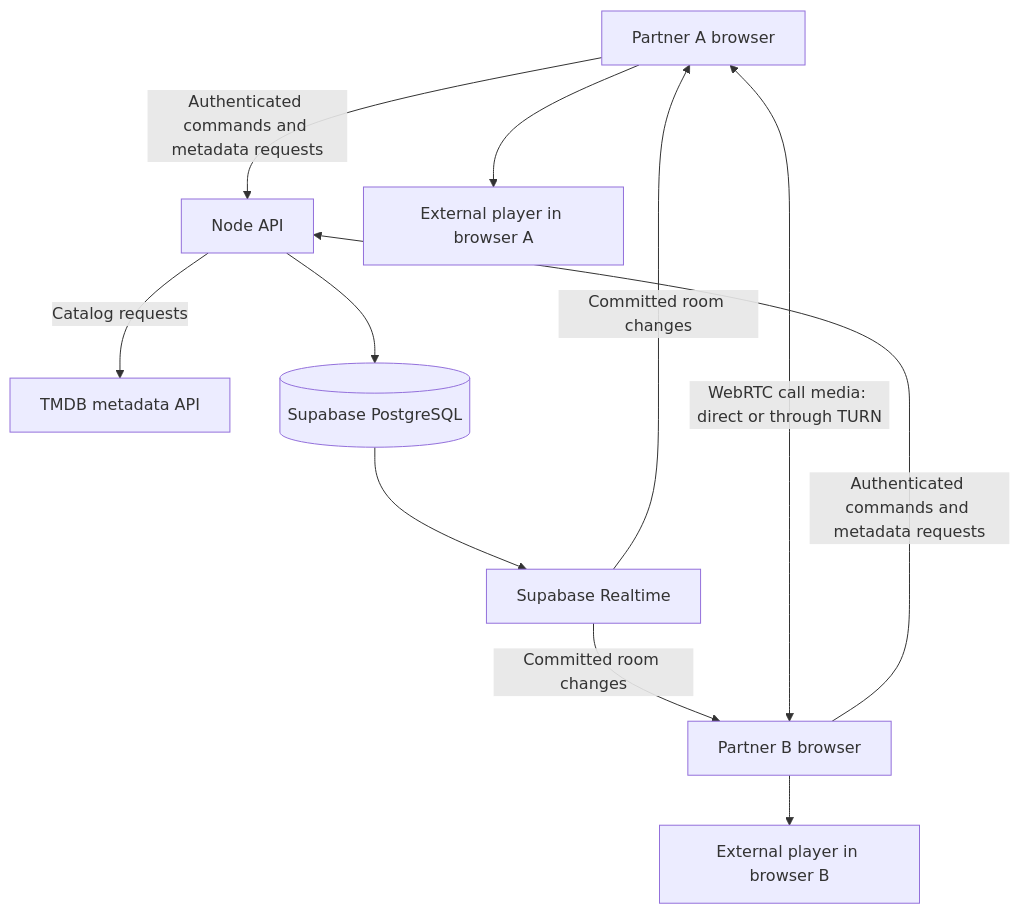
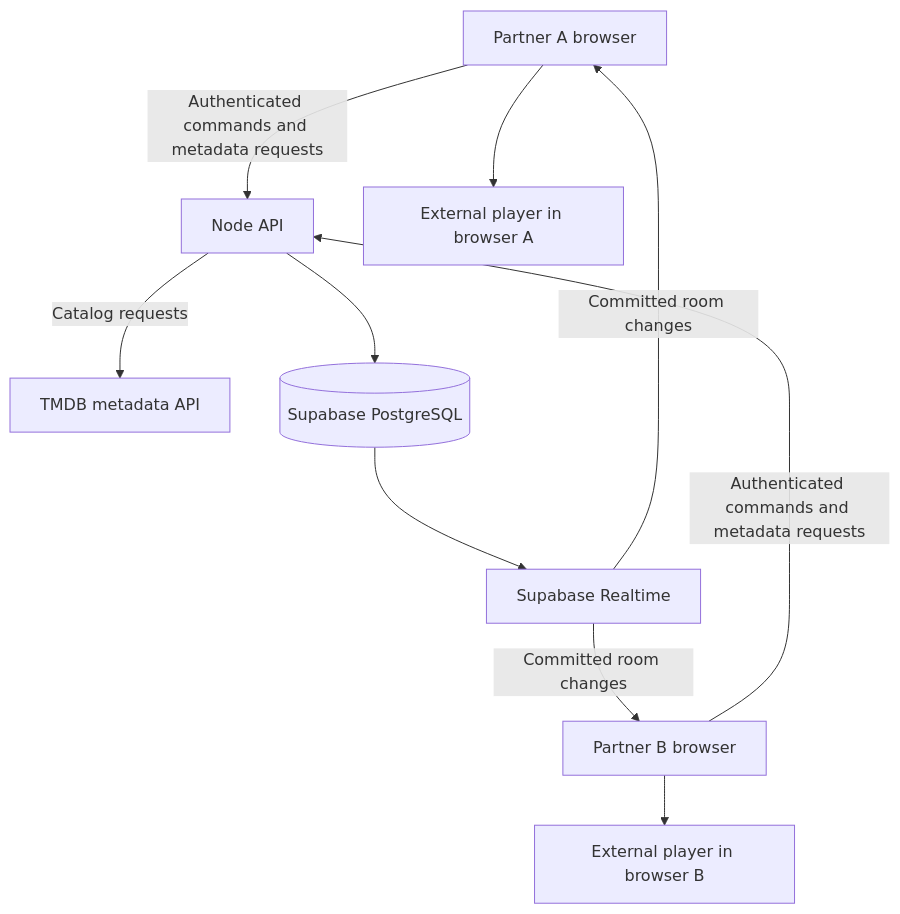
The second of 2 diagrams in README.md (tridibcodes-ctrl/watch-together-anything), drawn with Mermaid before and after one commit. The commit also changed other lines of this file, not shown here.

````diff
--- a/README.md
+++ b/README.md
@@ -127,13 +124,12 @@
 ```mermaid
 flowchart TB
   A[Partner A browser] -->|Authenticated commands and metadata requests| API[Node API]
   B[Partner B browser] -->|Authenticated commands and metadata requests| API
   API -->|Catalog requests| TMDB[TMDB metadata API]
   API --> DB[(Supabase PostgreSQL)]
   DB --> RT[Supabase Realtime]
   RT -->|Committed room changes| A
   RT -->|Committed room changes| B
   A --> PA[External player in browser A]
   B --> PB[External player in browser B]
-  A <-->|WebRTC call media: direct or through TURN| B
 ```
````
